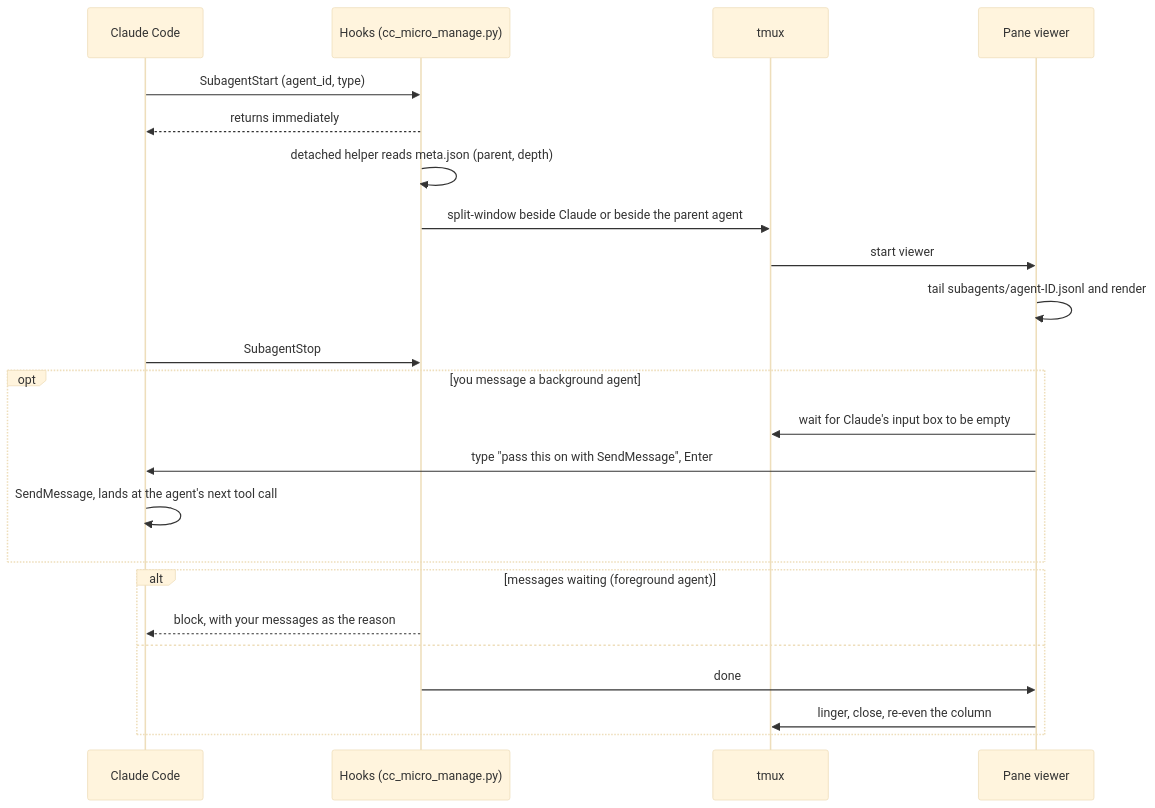
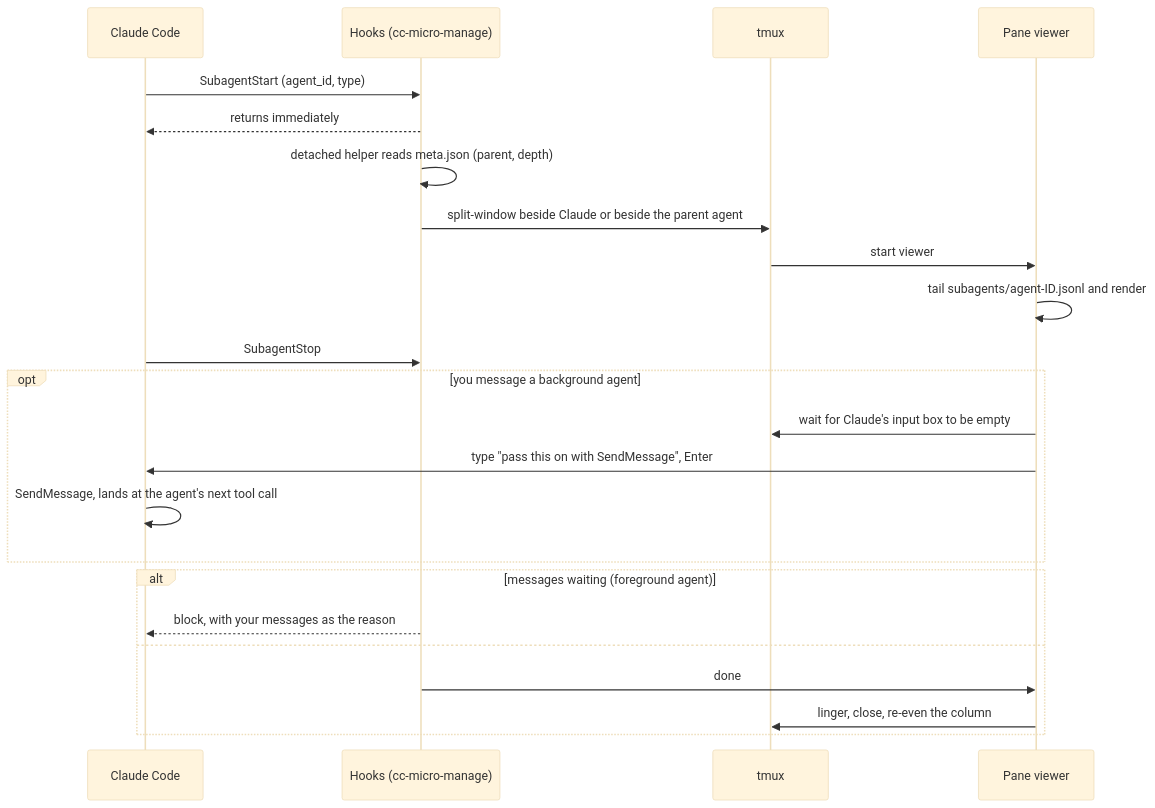
Before and after one commit to debanjan97/cc-micro-manage: the diagram in README.md, drawn with Mermaid (base theme). The commit also changed other lines of this file and 21 other files, not shown here.

````diff
--- a/README.md
+++ b/README.md
@@ -159,25 +159,25 @@
 ```mermaid
 sequenceDiagram
     participant C as Claude Code
-    participant H as Hooks (cc_micro_manage.py)
+    participant H as Hooks (cc-micro-manage)
     participant T as tmux
     participant V as Pane viewer
     C->>H: SubagentStart (agent_id, type)
     H-->>C: returns immediately
     H->>H: detached helper reads meta.json (parent, depth)
     H->>T: split-window beside Claude or beside the parent agent
     T->>V: start viewer
     V->>V: tail subagents/agent-ID.jsonl and render
     C->>H: SubagentStop
     opt you message a background agent
         V->>T: wait for Claude's input box to be empty
         V->>C: type "pass this on with SendMessage", Enter
         C->>C: SendMessage, lands at the agent's next tool call
     end
     alt messages waiting (foreground agent)
         H-->>C: block, with your messages as the reason
     else
         H->>V: done
         V->>T: linger, close, re-even the column
     end
 ```
````
